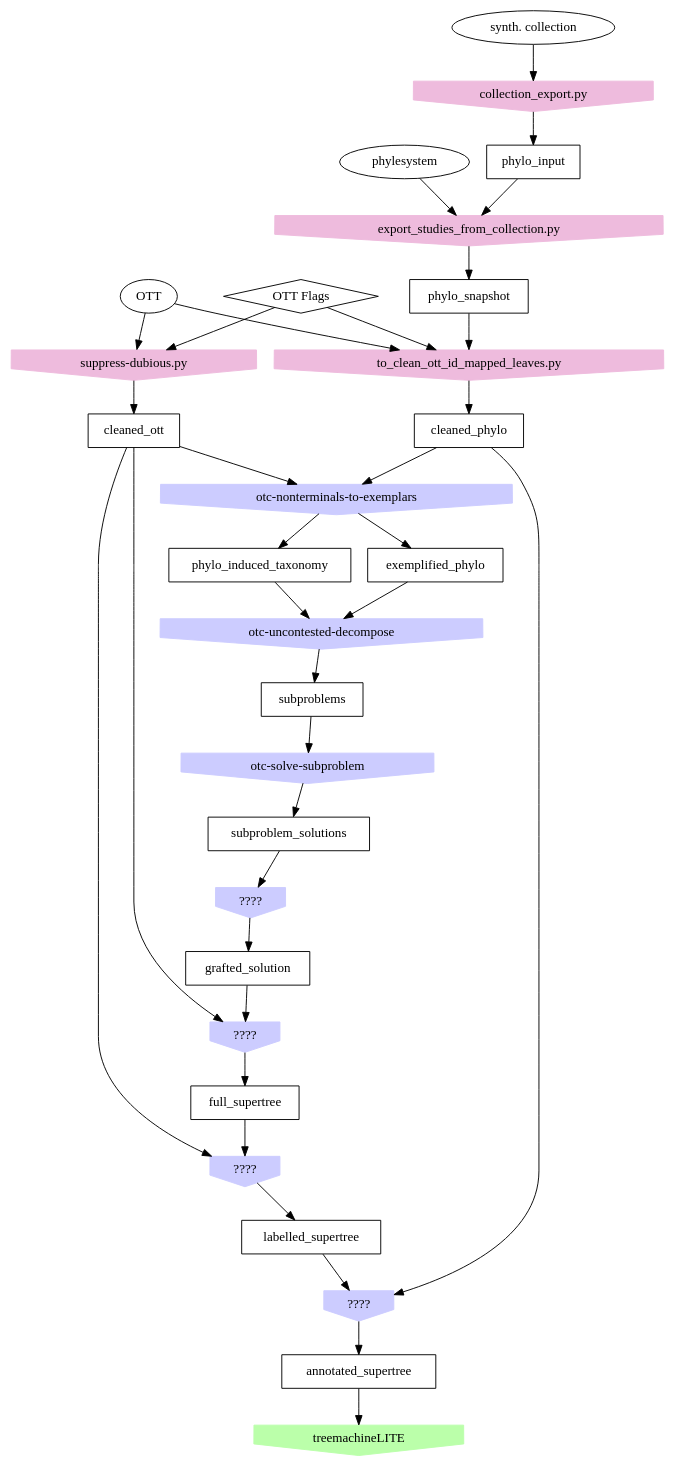
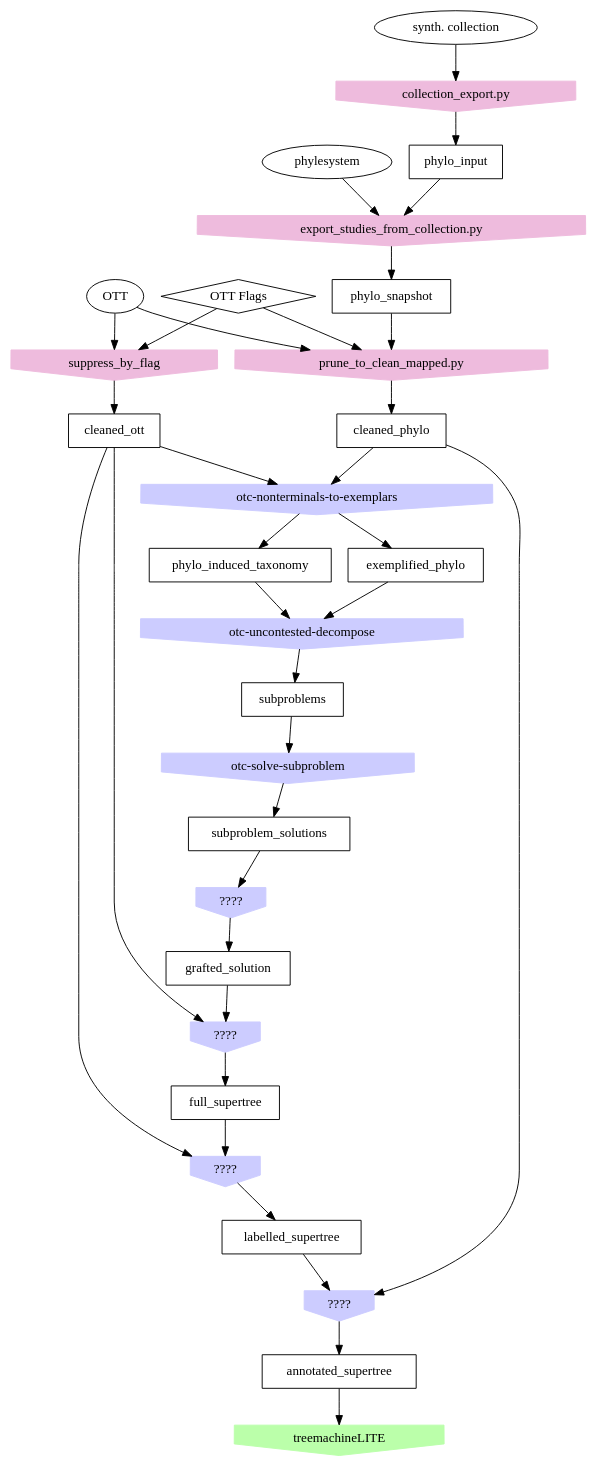
The diagram in doc/pipeline-tools.dot (OpenTreeOfLife/propinquity), drawn with Graphviz before and after one commit. The commit also changed 2 other files, not shown here.

```diff
--- a/doc/pipeline-tools.dot
+++ b/doc/pipeline-tools.dot
@@ -1,78 +1,78 @@
 digraph P {
     ottflags [shape=diamond label="OTT Flags"];
     ott [shape=oval label="OTT"];
     phylesystem [shape=oval label="phylesystem"];
     synthcoll [shape=oval label="synth. collection"];
 
-    cleanedotttool [shape=invhouse label="suppress-dubious.py", style=filled, color="#EEBBDD"];
+    cleanedotttool [shape=invhouse label="suppress_by_flag", style=filled, color="#EEBBDD"];
     cleanedott [shape=box label="cleaned_ott"];
     ott -> cleanedotttool ;
     ottflags -> cleanedotttool;
     cleanedotttool ->cleanedott;
 
     phyloinputtool [shape=invhouse label="collection_export.py", style=filled, color="#EEBBDD"];
     phyloinput [shape=box label="phylo_input"];
     synthcoll -> phyloinputtool ;
     phyloinputtool -> phyloinput;
 
     phylosnapshottool [shape=invhouse label="export_studies_from_collection.py", style=filled, color="#EEBBDD"];
     phylosnapshot [shape=box label="phylo_snapshot"];
     phyloinput -> phylosnapshottool ;
     phylesystem -> phylosnapshottool ;
     phylosnapshottool ->phylosnapshot;
 
-    cleanedphylotool [shape=invhouse label="to_clean_ott_id_mapped_leaves.py", style=filled, color="#EEBBDD"];
+    cleanedphylotool [shape=invhouse label="prune_to_clean_mapped.py", style=filled, color="#EEBBDD"];
     cleanedphylo [shape=box label="cleaned_phylo"];
     phylosnapshot -> cleanedphylotool ;
     ottflags -> cleanedphylotool ;
     ott -> cleanedphylotool ;
     cleanedphylotool -> cleanedphylo;
 
     phyloinducedtaxonomytool [shape=invhouse label="otc-nonterminals-to-exemplars" style=filled color="#CCCCFF"];
     phyloinducedtaxonomy [shape=box label="phylo_induced_taxonomy"];
     exemplifiedphylo [shape=box label="exemplified_phylo"];
     cleanedphylo -> phyloinducedtaxonomytool;
     cleanedott -> phyloinducedtaxonomytool;
     phyloinducedtaxonomytool -> phyloinducedtaxonomy;
     phyloinducedtaxonomytool -> exemplifiedphylo;
 
 
 
     subproblemstool [shape=invhouse label="otc-uncontested-decompose" style=filled color="#CCCCFF"];
     subproblems [shape=box label="subproblems"];
     phyloinducedtaxonomy -> subproblemstool;
     exemplifiedphylo -> subproblemstool;
     subproblemstool -> subproblems;
 
     subproblemsolntool [shape=invhouse label="otc-solve-subproblem" style=filled color="#CCCCFF"];
     subproblemsoln [shape=box label="subproblem_solutions"];
     subproblems -> subproblemsolntool;
     subproblemsolntool -> subproblemsoln;
 
     graftedsolntool [shape=invhouse label="????" style=filled color="#CCCCFF"];
     graftedsoln [shape=box label="grafted_solution"];
     subproblemsoln -> graftedsolntool;
     graftedsolntool -> graftedsoln;
 
     supertreetopotool [shape=invhouse label="????" style=filled color="#CCCCFF"];
     supertreetopo [shape=box label="full_supertree"];
     graftedsoln -> supertreetopotool;
     cleanedott -> supertreetopotool;
     supertreetopotool -> supertreetopo;
 
     taxolabelledsupertreetool [shape=invhouse label="????" style=filled color="#CCCCFF"];
     taxolabelledsupertree [shape=box label="labelled_supertree"];
     cleanedott -> taxolabelledsupertreetool;
     supertreetopo -> taxolabelledsupertreetool;
     taxolabelledsupertreetool -> taxolabelledsupertree;
 
     supertreewithsupporttool [shape=invhouse label="????" style=filled color="#CCCCFF"];
     supertreewithsupport [shape=box label="annotated_supertree"];
     taxolabelledsupertree -> supertreewithsupporttool;
     cleanedphylo -> supertreewithsupporttool;
     supertreewithsupporttool -> supertreewithsupport;
 
     treemachineLite [shape=invhouse label="treemachineLITE" style=filled color="#BBFFAA"];
     supertreewithsupport -> treemachineLite;
 
 }
```
